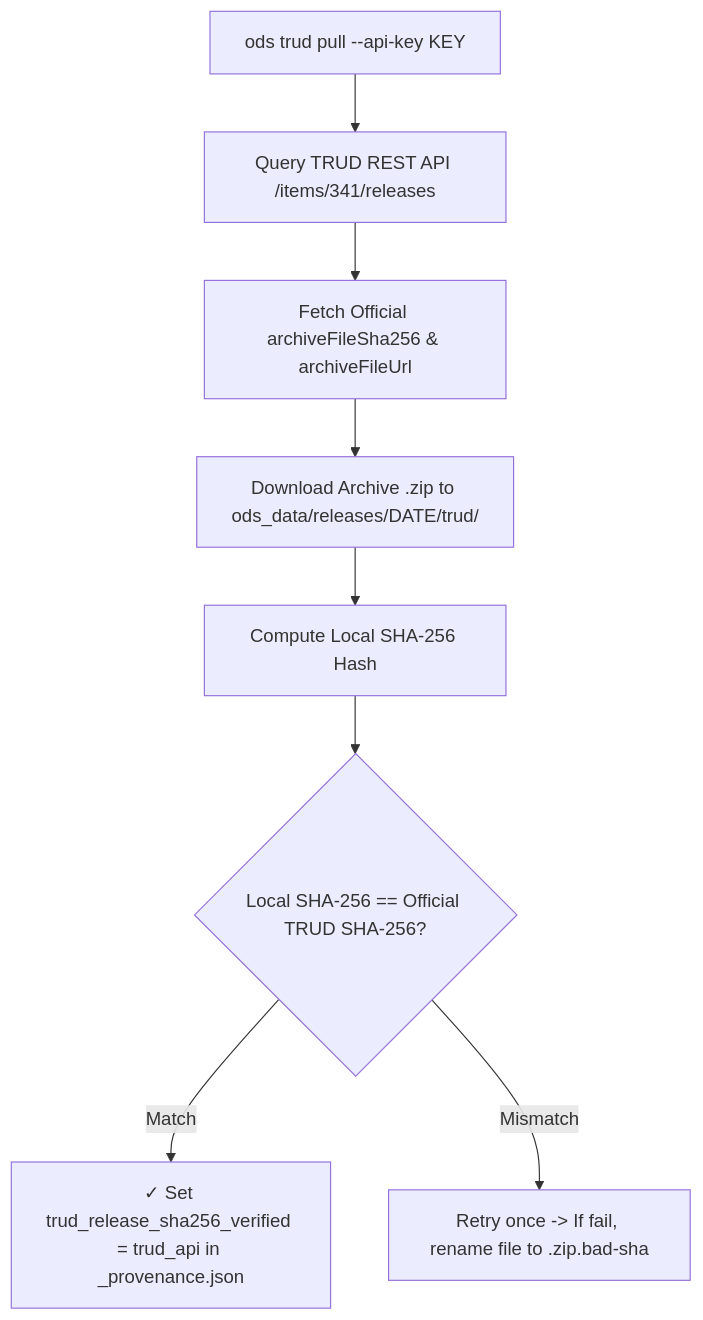
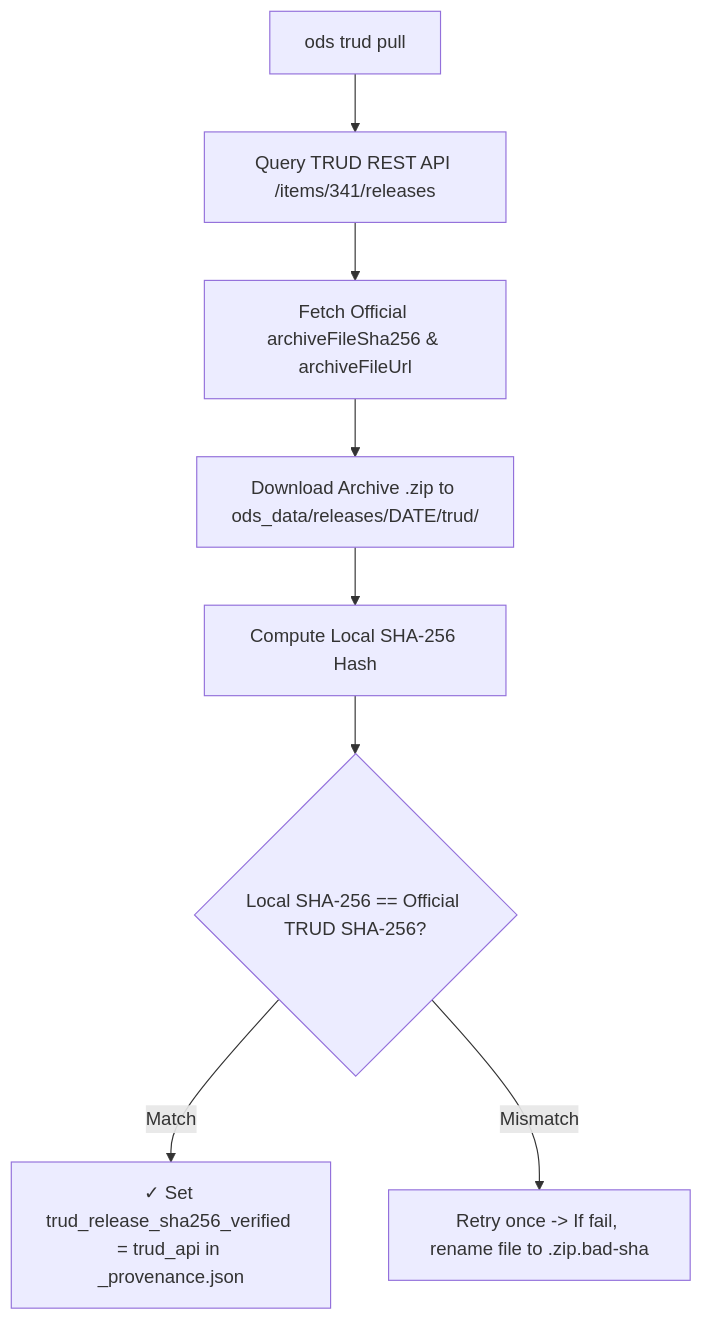
Before and after one commit to olizilla/ods: the diagram in docs/provenance.md, drawn with Mermaid. The commit also changed other lines of this file and 41 other files, not shown here.

First line of the commit message:
feat: schema and haircut for provenance.json

````diff
--- a/docs/provenance.md
+++ b/docs/provenance.md
@@ -76,10 +57,10 @@
 ```mermaid
 flowchart TD
-    A[ods trud pull --api-key KEY] --> B[Query TRUD REST API /items/341/releases]
+    A[ods trud pull] --> B[Query TRUD REST API /items/341/releases]
     B --> C[Fetch Official archiveFileSha256 & archiveFileUrl]
     C --> D[Download Archive .zip to ods_data/releases/DATE/trud/]
     D --> E[Compute Local SHA-256 Hash]
     E --> F{Local SHA-256 == Official TRUD SHA-256?}
     F -- Match --> G[✓ Set trud_release_sha256_verified = trud_api in _provenance.json]
     F -- Mismatch --> H[Retry once -> If fail, rename file to .zip.bad-sha]
 ```
````
